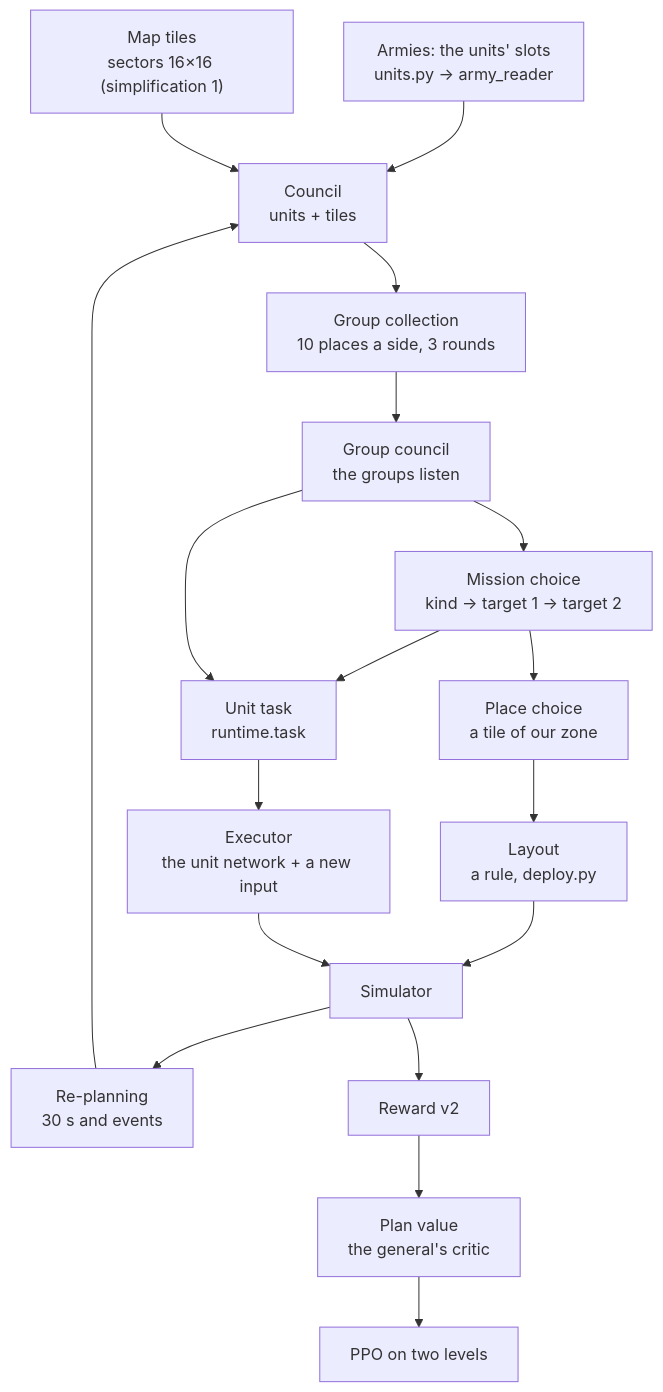
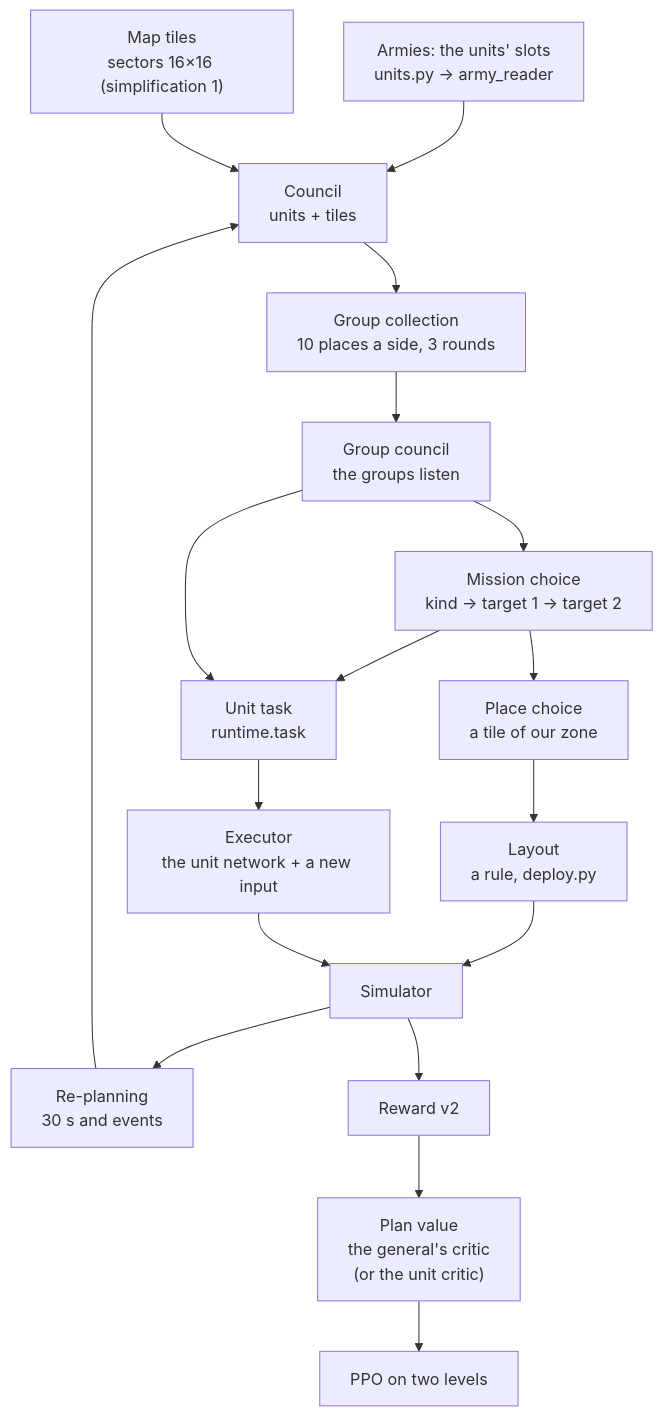
The diagram in docs/en/training/general.md (DimaZero7/TWW3-batle-ai), drawn with Mermaid before and after one commit. The commit also changed other lines of this file and 12 other files, not shown here.

````diff
--- a/docs/en/training/general.md
+++ b/docs/en/training/general.md
@@ -16,20 +16,20 @@
 ```mermaid
 flowchart TB
   A["Armies: the units' slots<br/>units.py → army_reader"] --> C["Council<br/>units + tiles"]
   T["Map tiles<br/>sectors 16×16 (simplification 1)"] --> C
   C --> G["Group collection<br/>10 places a side, 3 rounds"]
   G --> GC["Group council<br/>the groups listen"]
   GC --> M["Mission choice<br/>kind → target 1 → target 2"]
   M --> P["Place choice<br/>a tile of our zone"]
   P --> L["Layout<br/>a rule, deploy.py"]
   M --> U["Unit task<br/>runtime.task"]
   GC --> U
   U --> E["Executor<br/>the unit network + a new input"]
   L --> S["Simulator"]
   E --> S
   S --> R["Re-planning<br/>30 s and events"]
   R --> C
   S --> W["Reward v2"]
-  W --> V["Plan value<br/>the general's critic"]
+  W --> V["Plan value<br/>the general's critic<br/>(or the unit critic)"]
   V --> O["PPO on two levels"]
 ```
````
